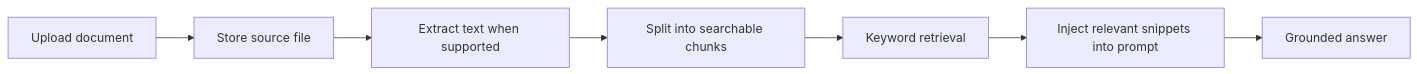
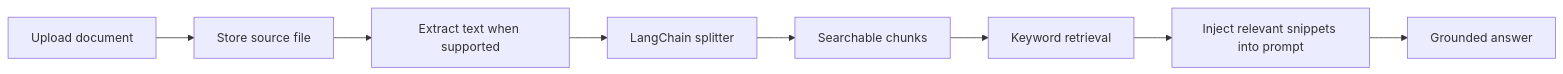
The fifth of 5 diagrams in README.md (lizr-phys/physics-learning-agent), drawn with Mermaid before and after one commit. The commit also changed other lines of this file and 7 other files, not shown here.

Commit message:
Add LangChain document retrieval foundation

````diff
--- a/README.md
+++ b/README.md
@@ -244,9 +248,10 @@
 ```mermaid
 flowchart LR
   Upload["Upload document"] --> Store["Store source file"]
   Store --> Extract["Extract text when supported"]
-  Extract --> Chunk["Split into searchable chunks"]
+  Extract --> LangChain["LangChain splitter"]
+  LangChain --> Chunk["Searchable chunks"]
   Chunk --> Search["Keyword retrieval"]
   Search --> Context["Inject relevant snippets into prompt"]
   Context --> Answer["Grounded answer"]
 ```
````
